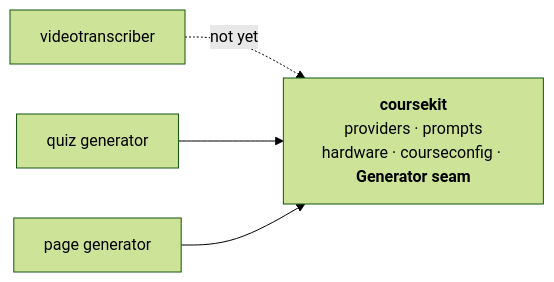
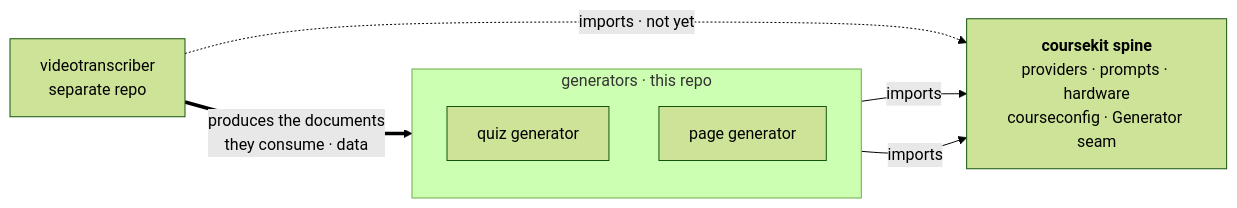
The third of 3 diagrams in agent/architecture.md (andrew-atkinson/quizbot), drawn with Mermaid (forest theme) before and after one commit. The commit also changed other lines of this file, not shown here.

Commit message:
fixed: some architectural ambiguities in the diagrams

````diff
--- a/agent/architecture.md
+++ b/agent/architecture.md
@@ -113,7 +115,17 @@
 ```mermaid
 flowchart LR
-    VT["videotranscriber"] -.->|"not yet"| CK
-    QZ["quiz generator"] --> CK
-    PG["page generator"] --> CK
-    CK["<b>coursekit</b><br/>providers · prompts<br/>hardware · courseconfig · <b>Generator seam</b>"]
+    VT["videotranscriber<br/>separate repo"]
+
+    subgraph GENS [" generators · this repo "]
+        direction TB
+        QZ["quiz generator"]
+        PG["page generator"]
+    end
+
+    CK["<b>coursekit spine</b><br/>providers · prompts · hardware<br/>courseconfig · Generator seam"]
+
+    VT == "produces the documents<br/>they consume · data" ==> GENS
+    QZ -- "imports" --> CK
+    PG -- "imports" --> CK
+    VT -. "imports · not yet" .-> CK
 ```
````
